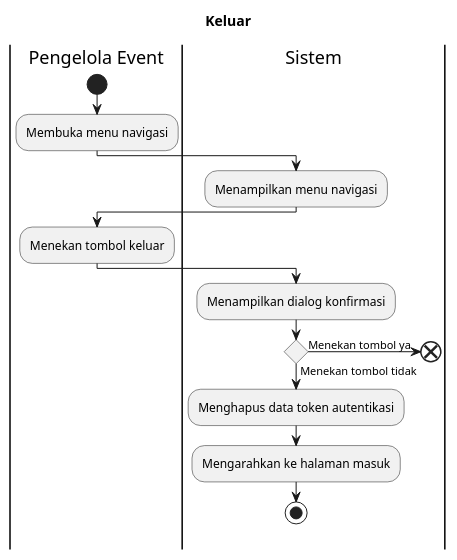
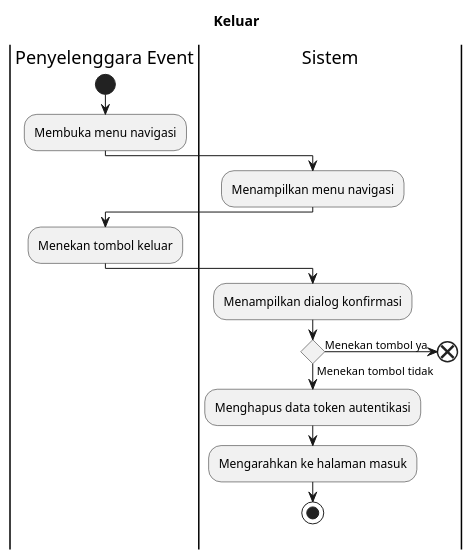
One commit to irfanfarras10/myevent-diagram changed the diagram in Activity Diagram/activity_diagram_keluar.wsd. Above: the diagram before and after it, drawn with PlantUML. The commit also changed 2 other files, not shown here.

Commit message:
uml(activity diagram): fixup swimlane name

```diff
--- a/Activity Diagram/activity_diagram_keluar.wsd
+++ b/Activity Diagram/activity_diagram_keluar.wsd
@@ -1,21 +1,21 @@
 @startuml "activity_diagram_keluar"
 
 title "Keluar"
 
-|Pengelola Event|
+|Penyelenggara Event|
     start
     :Membuka menu navigasi;
 |Sistem|
     :Menampilkan menu navigasi;
-|Pengelola Event|
+|Penyelenggara Event|
     :Menekan tombol keluar;
 |Sistem|
     :Menampilkan dialog konfirmasi;
     if () then (Menekan tombol ya)
         end 
     else (Menekan tombol tidak)
         :Menghapus data token autentikasi;
         :Mengarahkan ke halaman masuk;
         stop
 
 @enduml
```
